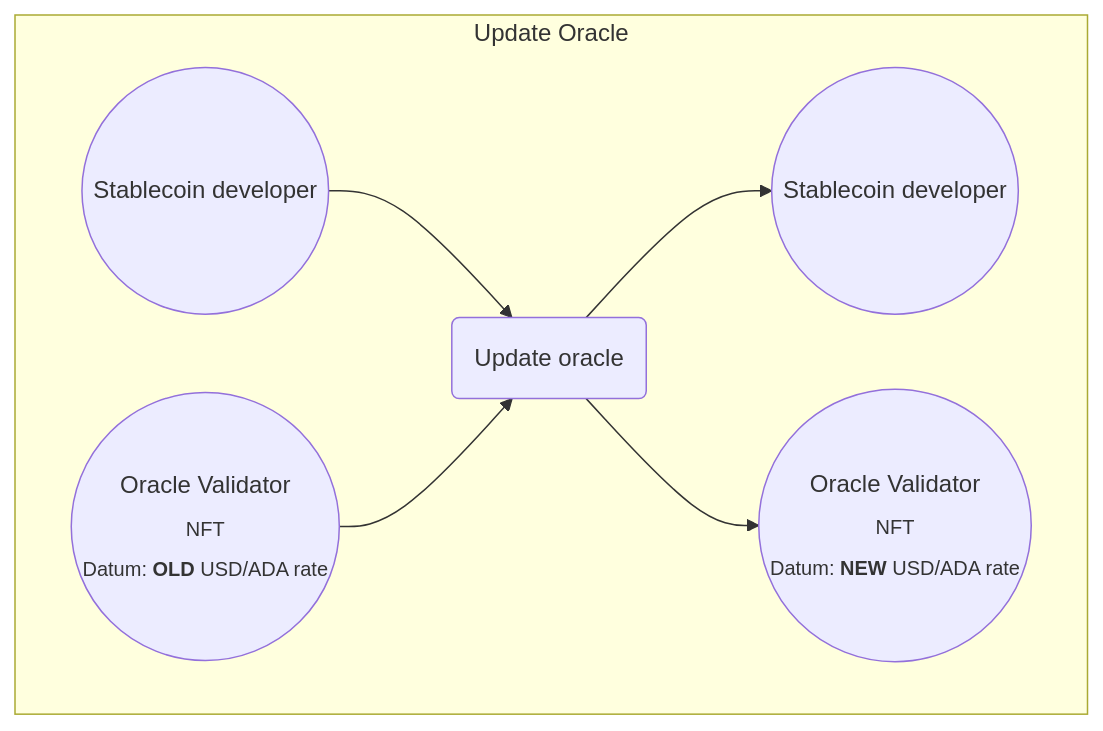
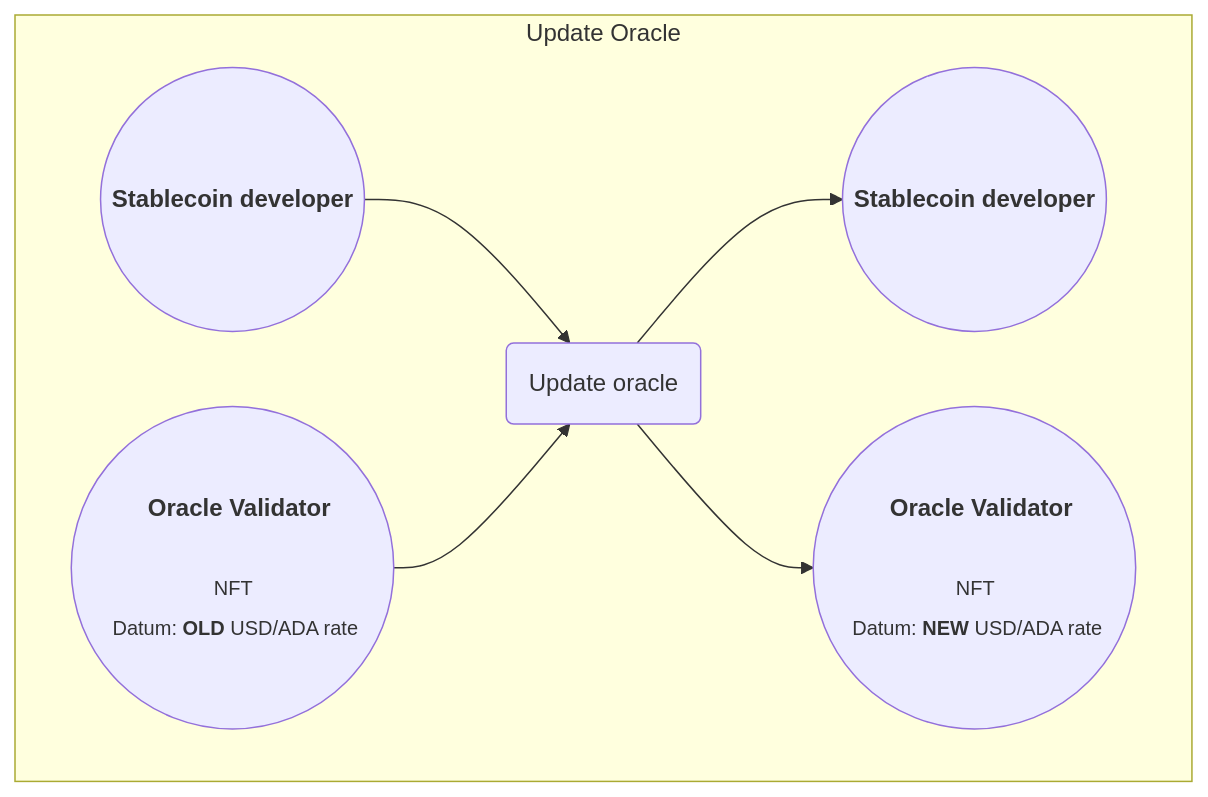
Before and after one commit to input-output-hk/plutus-pioneer-program: the third of 7 diagrams in code/Week09/README.md, drawn with Mermaid. The commit also changed other lines of this file, not shown here.

Commit message:
Fixed weird diagram rendering in GitHub

````diff
--- a/code/Week09/README.md
+++ b/code/Week09/README.md
@@ -56,10 +55,10 @@
 ```mermaid 
 flowchart LR
     subgraph Deploy [Update Oracle]
     direction LR
-    A1((Stablecoin developer)) --> A3(Update oracle)
-    A2(("Oracle Validator <br> <sub>NFT <br> Datum: <b>OLD</b> USD/ADA rate</sub>")) --> A3
-    A3 --> A4((Stablecoin developer))
-    A3 --> A5(("Oracle Validator <br> <sub>NFT <br> Datum: <b>NEW</b> USD/ADA rate</sub>"))
+    A1((<b>Stablecoin developer</b>)) --> A3(Update oracle)
+    A2(("&#8199 &#8199 &#8199 <b>Oracle Validator</b> &#8199 &#8199 &#8199 <br> <sub>NFT <br> Datum: <b>OLD</b> USD/ADA rate</sub>")) --> A3
+    A3 --> A4((<b>Stablecoin developer</b>))
+    A3 --> A5(("&#8199 &#8199 &#8199 <b>Oracle Validator</b> &#8199 &#8199 &#8199 <br> <sub>NFT <br> Datum: <b>NEW</b> USD/ADA rate</sub>"))
     end
 ```
````
